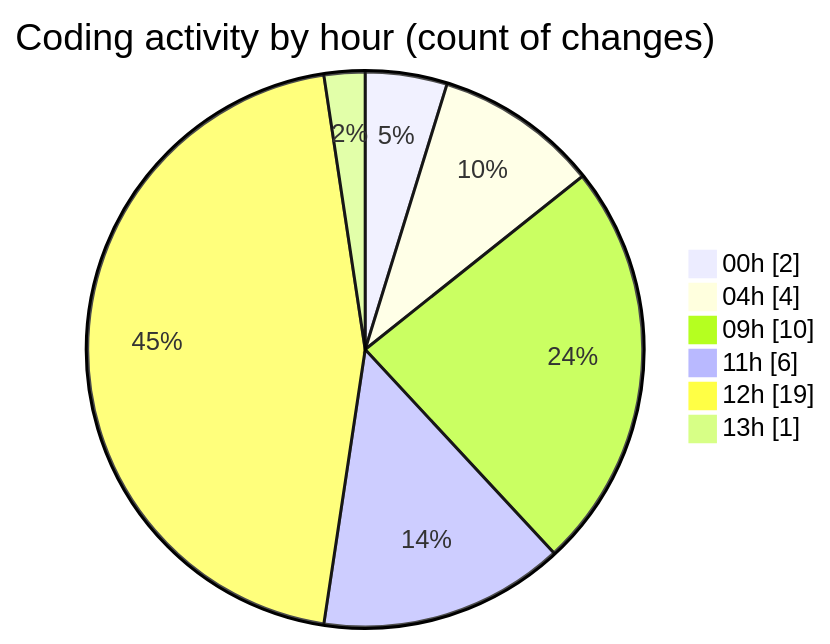
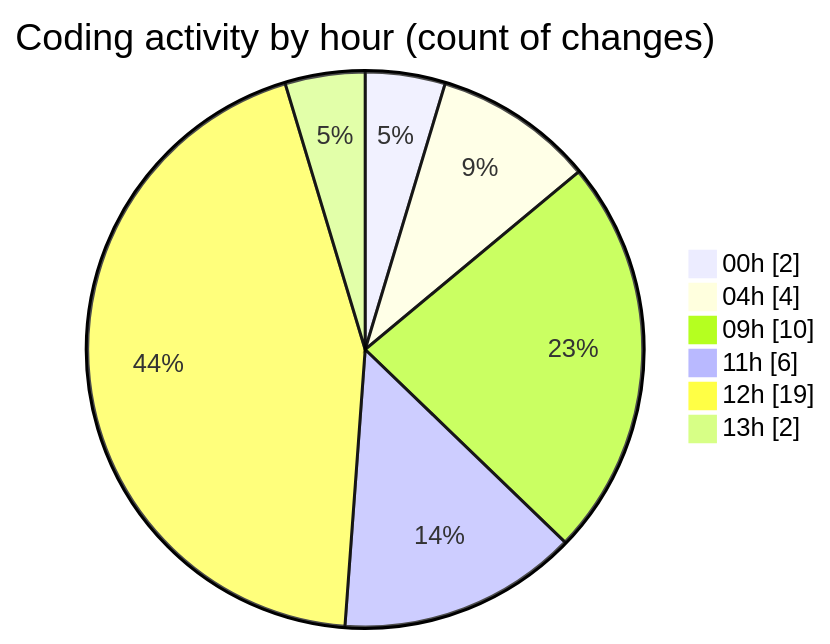
Before and after one commit to julien-gomy/code-tracking: the second of 2 diagrams in 2025-10-28/eventscop-frontend-guide__workspace_/README.md, drawn with Mermaid. The commit also changed other lines of this file and 1 other file, not shown here.

````diff
--- a/2025-10-28/eventscop-frontend-guide__workspace_/README.md
+++ b/2025-10-28/eventscop-frontend-guide__workspace_/README.md
@@ -42,10 +43,10 @@
 ```mermaid
 pie showData
 title Coding activity by hour (count of changes)
 "00h" : 2
 "04h" : 4
 "09h" : 10
 "11h" : 6
 "12h" : 19
-"13h" : 1
+"13h" : 2
 ```
````
